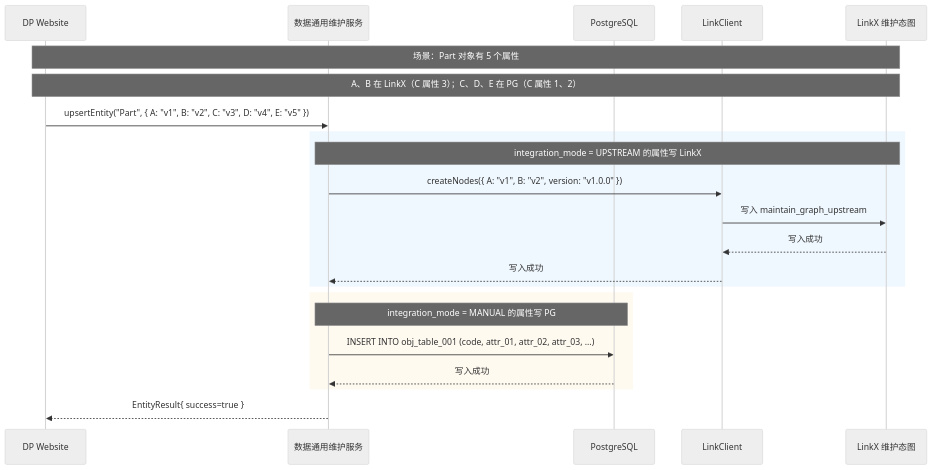
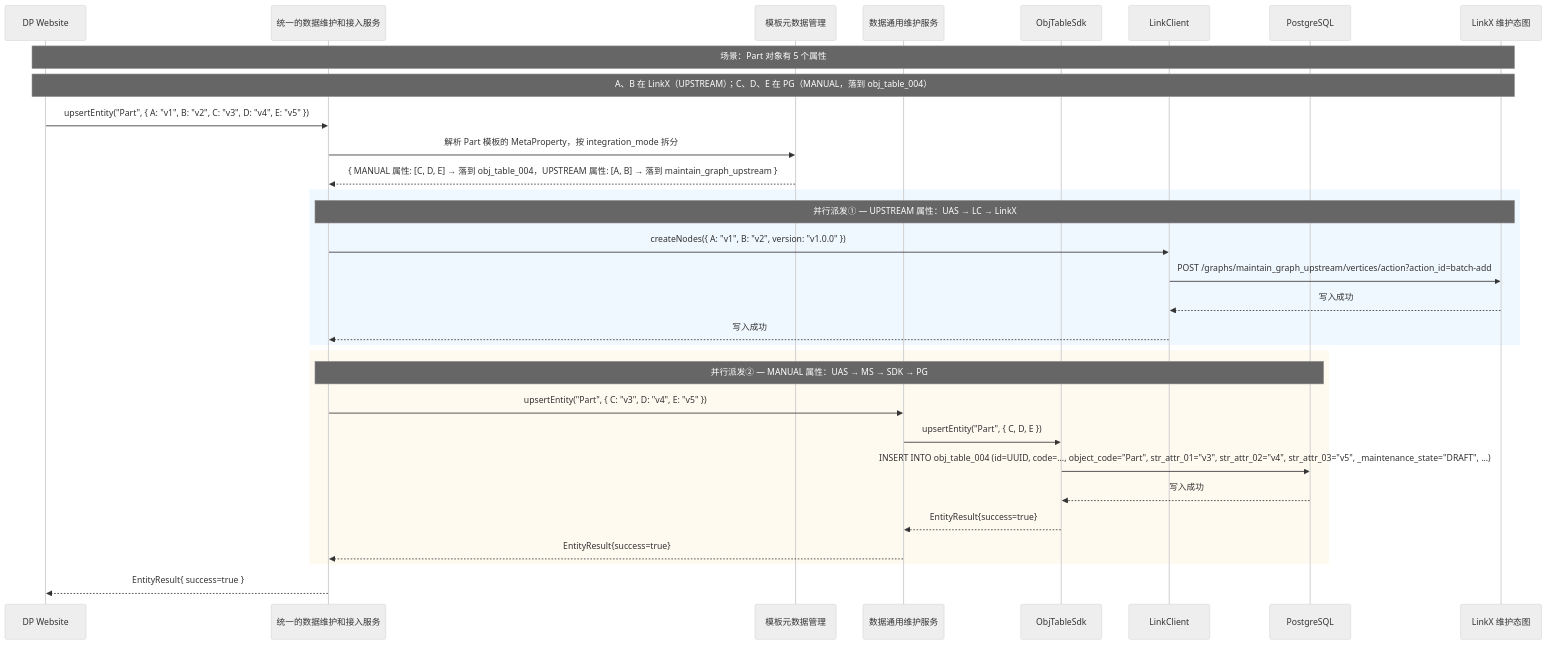
One commit to goflyboy/digitalproduct changed the first of 4 diagrams in docs/adr/RFC-003-数据通用维护服务-通用对象表映射机制.md. Above: the diagram before and after it, drawn with Mermaid (neutral theme). The commit also changed other lines of this file and 4 other files, not shown here.

````diff
--- a/docs/adr/RFC-003-数据通用维护服务-通用对象表映射机制.md
+++ b/docs/adr/RFC-003-数据通用维护服务-通用对象表映射机制.md
@@ -306,29 +524,38 @@
 ```mermaid
 sequenceDiagram
     participant DP as DP Website
+    participant UAS as 统一的数据维护和接入服务
+    participant TM as 模板元数据管理
     participant MS as 数据通用维护服务
+    participant SDK as ObjTableSdk
+    participant LC as LinkClient
     participant PG as PostgreSQL
-    participant LC as LinkClient
     participant LNK as LinkX 维护态图
 
     Note over DP,LNK: 场景：Part 对象有 5 个属性
-    Note over DP,LNK: A、B 在 LinkX（C 属性 3）；C、D、E 在 PG（C 属性 1、2）
+    Note over DP,LNK: A、B 在 LinkX（UPSTREAM）；C、D、E 在 PG（MANUAL，落到 obj_table_004）
 
-    DP->>MS: upsertEntity("Part", { A: "v1", B: "v2", C: "v3", D: "v4", E: "v5" })
+    DP->>UAS: upsertEntity("Part", { A: "v1", B: "v2", C: "v3", D: "v4", E: "v5" })
+    UAS->>TM: 解析 Part 模板的 MetaProperty，按 integration_mode 拆分
+    TM-->>UAS: { MANUAL 属性: [C, D, E] → 落到 obj_table_004，UPSTREAM 属性: [A, B] → 落到 maintain_graph_upstream }
 
     rect rgb(240, 248, 255)
-        Note over MS,LNK: integration_mode = UPSTREAM 的属性写 LinkX
-        MS->>LC: createNodes({ A: "v1", B: "v2", version: "v1.0.0" })
-        LC->>LNK: 写入 maintain_graph_upstream
+        Note over UAS,LNK: 并行派发① — UPSTREAM 属性：UAS → LC → LinkX
+        UAS->>LC: createNodes({ A: "v1", B: "v2", version: "v1.0.0" })
+        LC->>LNK: POST /graphs/maintain_graph_upstream/vertices/action?action_id=batch-add
         LNK-->>LC: 写入成功
-        LC-->>MS: 写入成功
+        LC-->>UAS: 写入成功
     end
 
     rect rgb(255, 250, 240)
-        Note over MS,PG: integration_mode = MANUAL 的属性写 PG
-        MS->>PG: INSERT INTO obj_table_001 (code, attr_01, attr_02, attr_03, ...)
-        PG-->>MS: 写入成功
+        Note over UAS,PG: 并行派发② — MANUAL 属性：UAS → MS → SDK → PG
+        UAS->>MS: upsertEntity("Part", { C: "v3", D: "v4", E: "v5" })
+        MS->>SDK: upsertEntity("Part", { C, D, E })
+        SDK->>PG: INSERT INTO obj_table_004 (id=UUID, code=..., object_code="Part", str_attr_01="v3", str_attr_02="v4", str_attr_03="v5", _maintenance_state="DRAFT", ...)
+        PG-->>SDK: 写入成功
+        SDK-->>MS: EntityResult{success=true}
+        MS-->>UAS: EntityResult{success=true}
     end
 
-    MS-->>DP: EntityResult{ success=true }
+    UAS-->>DP: EntityResult{ success=true }
 ```
````
